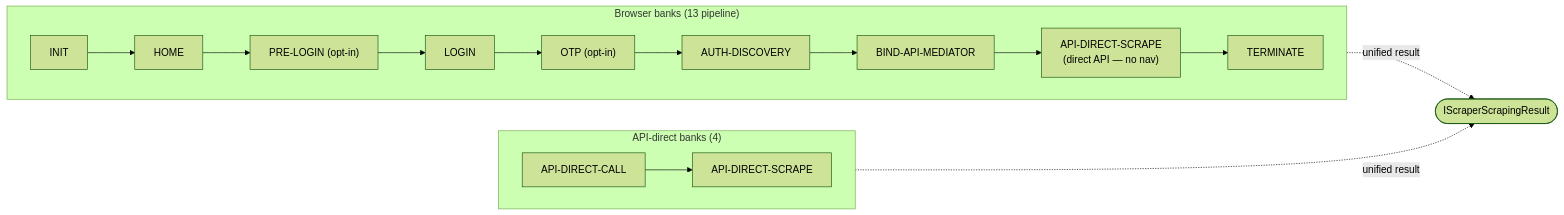
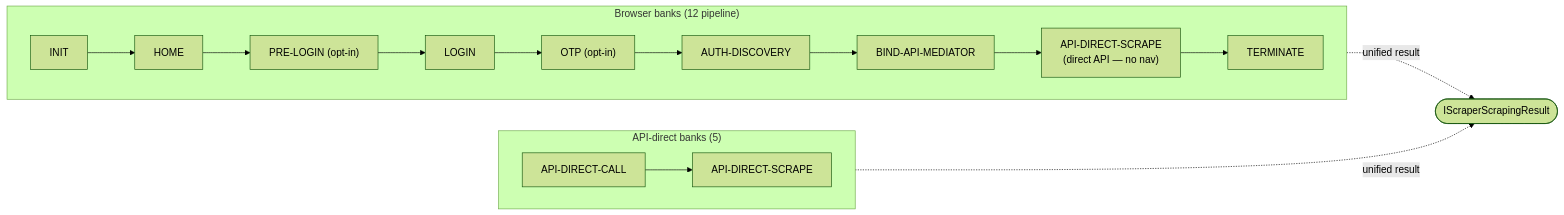
One commit to sergienko4/israeli-bank-scrapers changed the diagram in docs/index.md. Above: the diagram before and after it, drawn with Mermaid (forest theme). The commit also changed other lines of this file and 126 other files, not shown here.

````diff
--- a/docs/index.md
+++ b/docs/index.md
@@ -37,18 +37,18 @@
 ```mermaid
 flowchart LR
-    subgraph BB["Browser banks (13 pipeline)"]
+    subgraph BB["Browser banks (12 pipeline)"]
       direction LR
       INIT --> HOME --> PRELOGIN["PRE-LOGIN (opt-in)"]
       PRELOGIN --> LOGIN --> OTP["OTP (opt-in)"]
       OTP --> AUTH["AUTH-DISCOVERY"] --> BIND["BIND-API-MEDIATOR"]
       BIND --> SCRAPE["API-DIRECT-SCRAPE<br/>(direct API — no nav)"] --> TERM["TERMINATE"]
     end
 
-    subgraph API["API-direct banks (4)"]
+    subgraph API["API-direct banks (5)"]
       direction LR
       CALL["API-DIRECT-CALL"] --> SCR["API-DIRECT-SCRAPE"]
     end
 
     BB -.->|"unified result"| RESULT(["IScraperScrapingResult"])
     API -.->|"unified result"| RESULT
 ```
````
